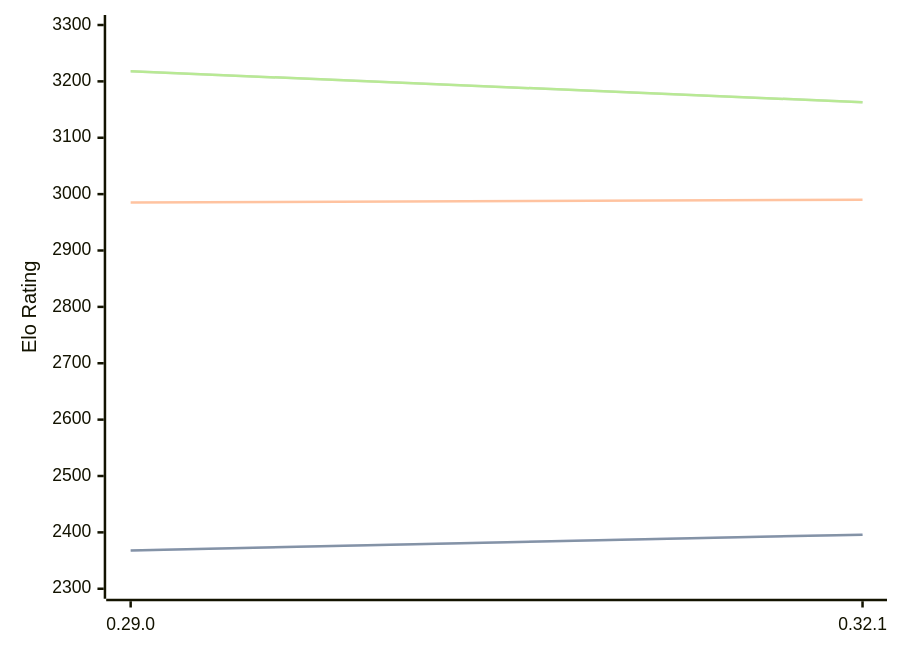
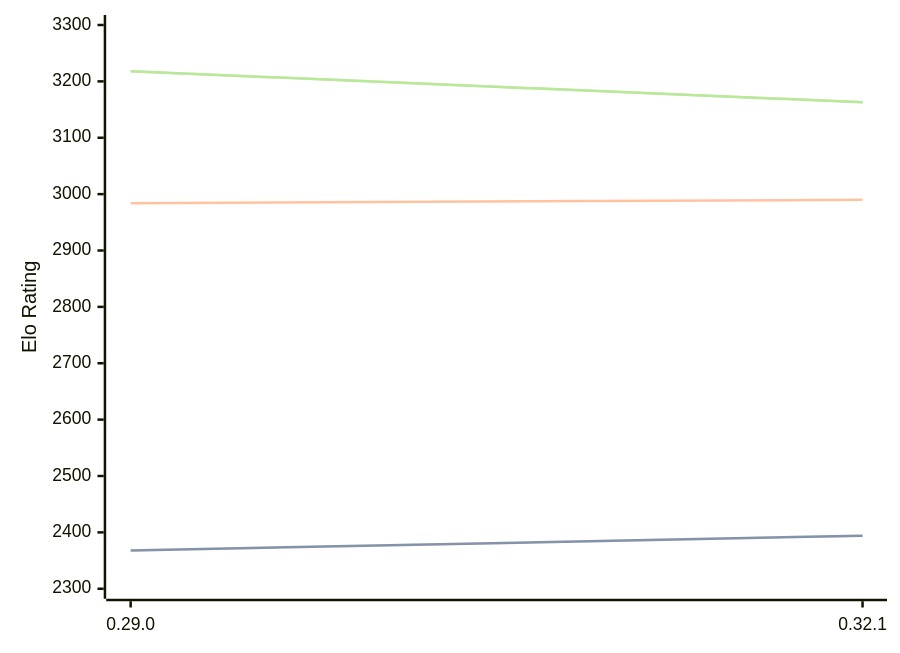
Before and after one commit to computer-chess-index/cci: the diagram in engines/Lc0.md, drawn with Mermaid. The commit also changed other lines of this file, not shown here.

````diff
--- a/engines/Lc0.md
+++ b/engines/Lc0.md
@@ -68,11 +68,11 @@
 ```mermaid
 %%{init: {"theme":"base","themeVariables":{"seriesColors:['#a3a3a3','#222221','#faa371']}}}%%
 xychart-beta
   x-axis ["0.29.0", "0.32.1"]
   y-axis "Elo Rating" 2300 --> 3300
-  line "STC (8.0+0.08s)" [2368, 2396]
-  line "STC (8.0+0.08s)" [2368, 2396]
-  line "LTC (60.0+0.60s)" [2985, 2990]
+  line "STC (8.0+0.08s)" [2368, 2394]
+  line "STC (8.0+0.08s)" [2368, 2394]
+  line "LTC (60.0+0.60s)" [2984, 2990]
   line "VLTC (2m24s+1.12s)" [3218, 3163]
   line "VLTC (2m24s+1.12s)" [3218, 3163]
 ```
````
